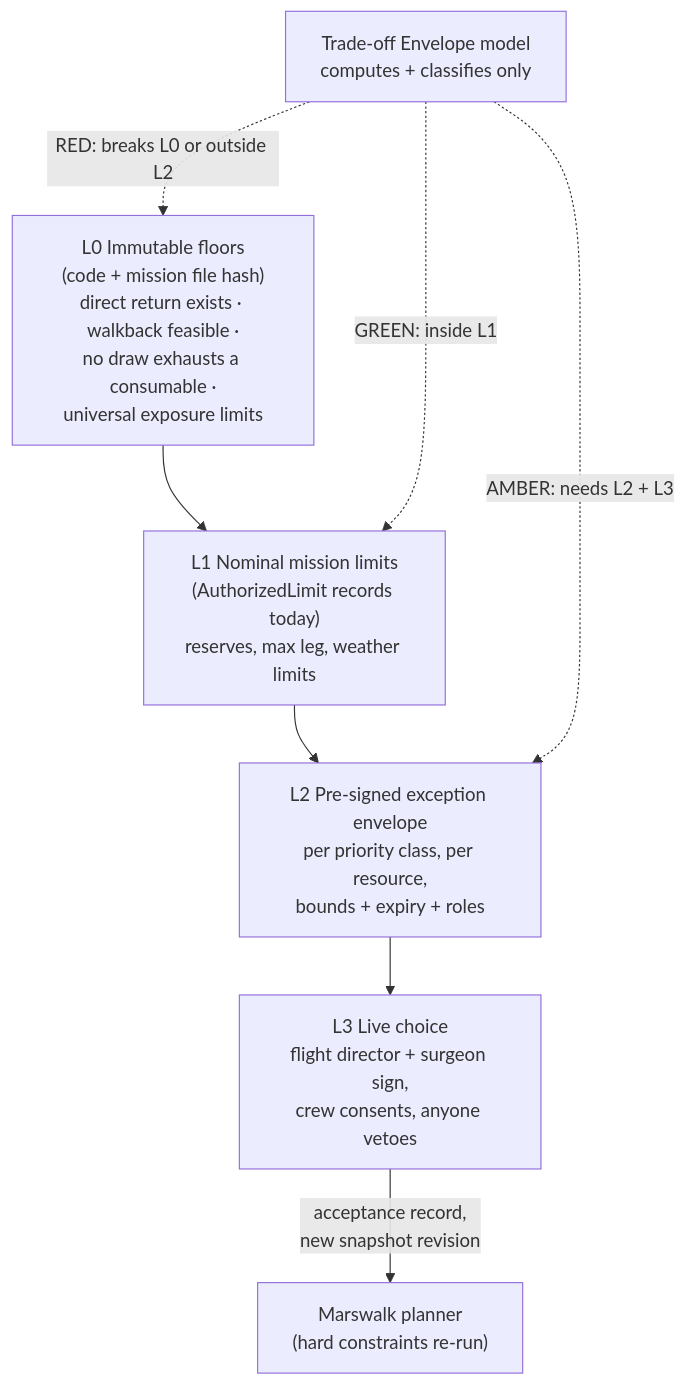
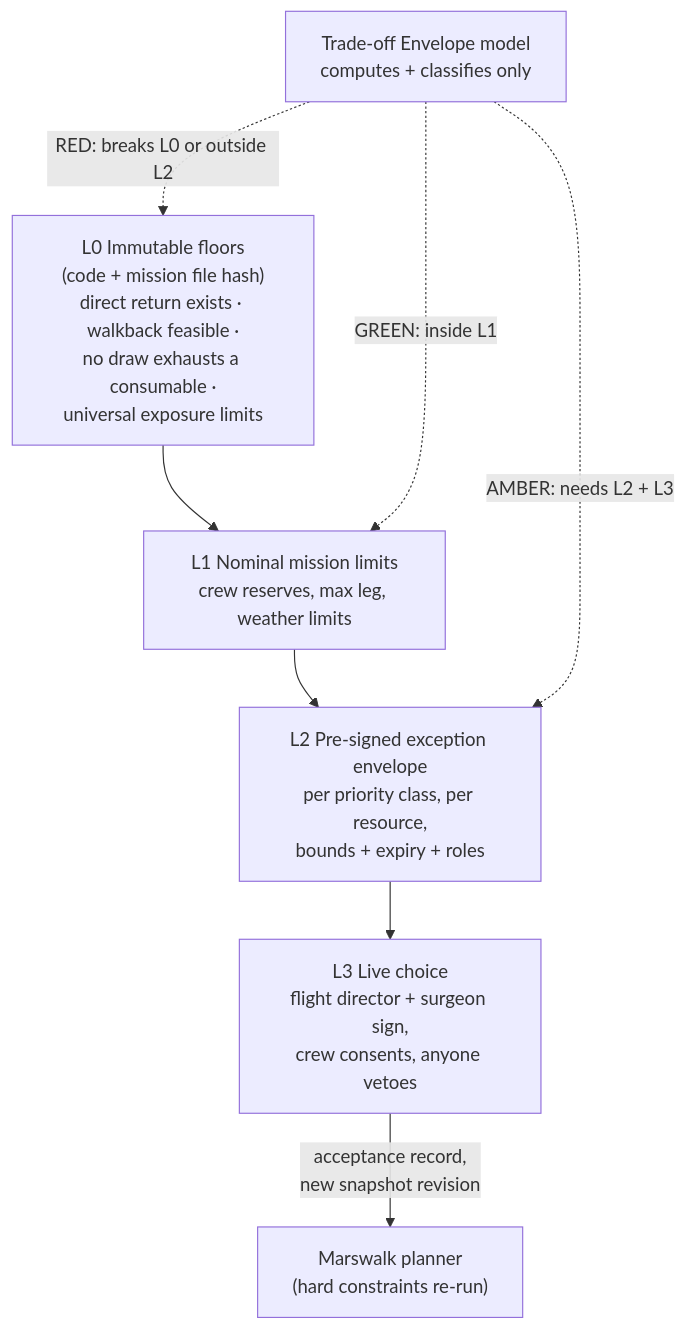
Before and after one commit to AbhimanthaW/Periapsis: the first of 3 diagrams in docs/tradeoff-model/plan.md, drawn with Mermaid. The commit also changed other lines of this file, not shown here.

Commit message:
Align the trade-off proposal with existing architecture gates

````diff
--- a/docs/tradeoff-model/plan.md
+++ b/docs/tradeoff-model/plan.md
@@ -91,13 +91,13 @@
 ```mermaid
 flowchart TD
   L0["L0 Immutable floors<br/>(code + mission file hash)<br/>direct return exists · walkback feasible ·<br/>no draw exhausts a consumable ·<br/>universal exposure limits"]
-  L1["L1 Nominal mission limits<br/>(AuthorizedLimit records today)<br/>reserves, max leg, weather limits"]
+  L1["L1 Nominal mission limits<br/>crew reserves, max leg, weather limits"]
   L2["L2 Pre-signed exception envelope<br/>per priority class, per resource,<br/>bounds + expiry + roles"]
   L3["L3 Live choice<br/>flight director + surgeon sign,<br/>crew consents, anyone vetoes"]
   M["Trade-off Envelope model<br/>computes + classifies only"]
   L0 --> L1 --> L2 --> L3
   M -.->|"GREEN: inside L1"| L1
   M -.->|"AMBER: needs L2 + L3"| L2
   M -.->|"RED: breaks L0 or outside L2"| L0
   L3 -->|"acceptance record,<br/>new snapshot revision"| P["Marswalk planner<br/>(hard constraints re-run)"]
 ```
````
